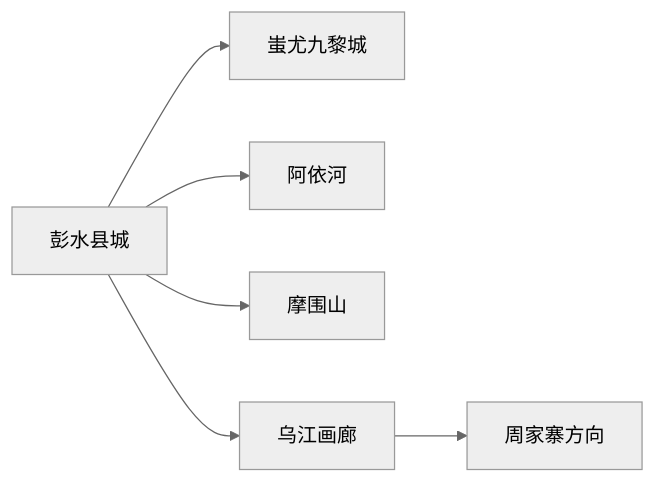
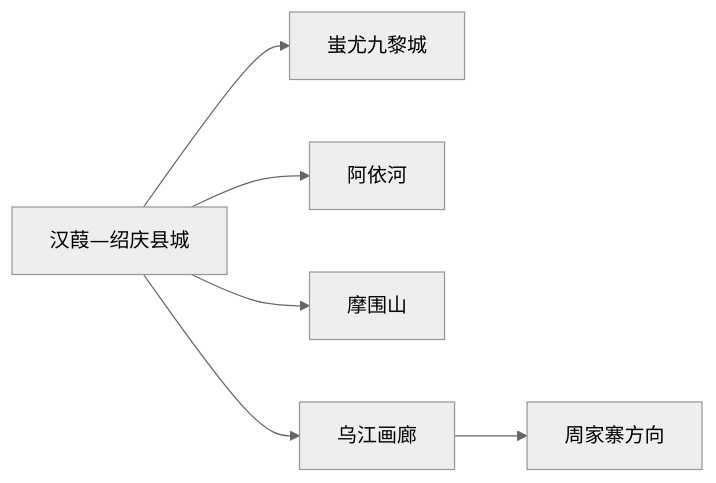
The first of 2 diagrams in destinations/中国/重庆市/彭水苗族土家族自治县.md (cyrilggg/travel-database), drawn with Mermaid (neutral theme) before and after one commit. The commit also changed other lines of this file and 9 other files, not shown here.

````diff
--- a/destinations/中国/重庆市/彭水苗族土家族自治县.md
+++ b/destinations/中国/重庆市/彭水苗族土家族自治县.md
@@ -32,8 +32,8 @@
 ```mermaid
 flowchart LR
- A[彭水县城] --> B[蚩尤九黎城]
+ A[汉葭—绍庆县城] --> B[蚩尤九黎城]
  A --> C[阿依河]
  A --> D[摩围山]
  A --> E[乌江画廊]
  E --> F[周家寨方向]
 ```
````
